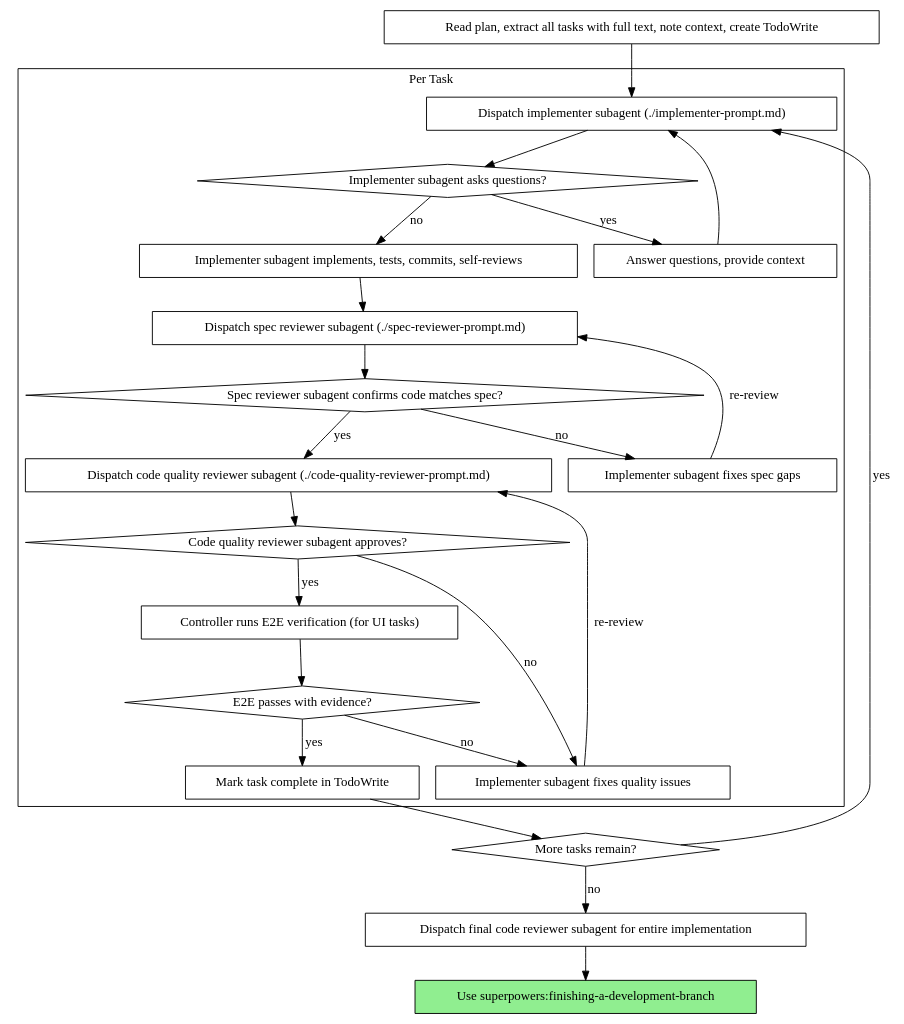
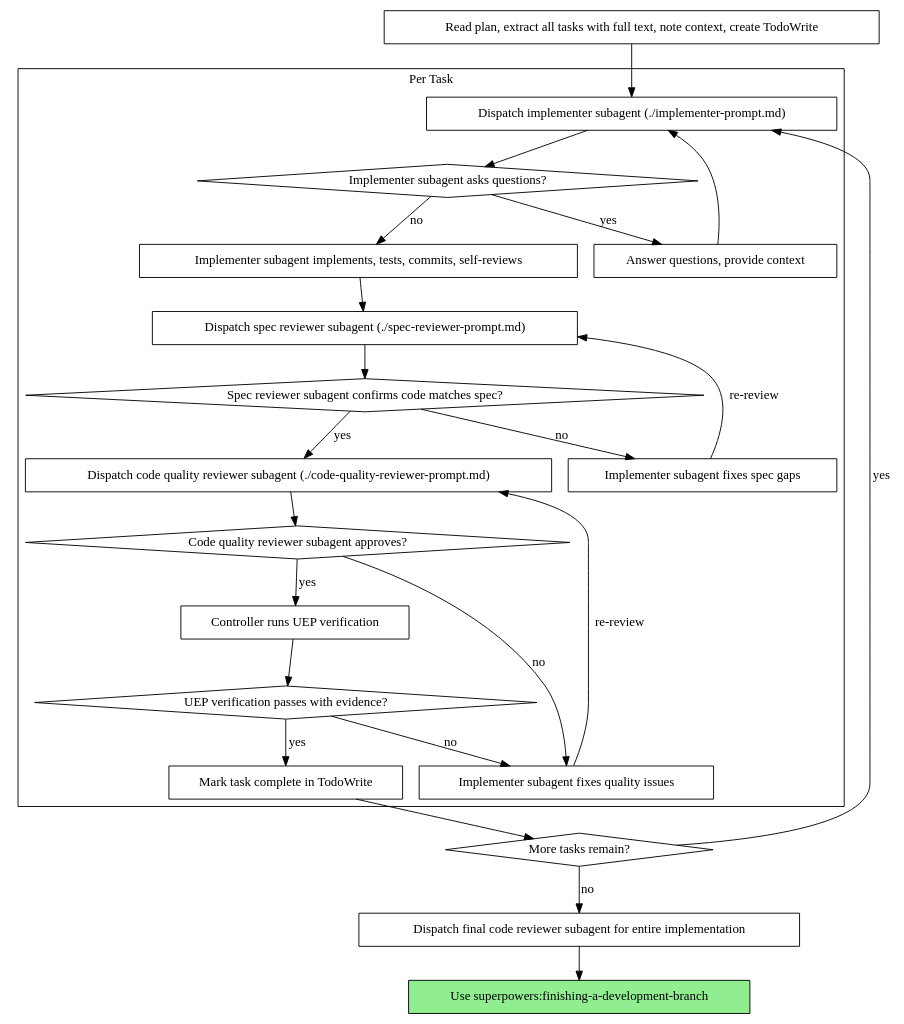
Before and after one commit to Ilios-LLC/blooperpowers: the second of 2 diagrams in skills/subagent-driven-development/SKILL.md, drawn with Graphviz. The commit also changed other lines of this file and 8 other files, not shown here.

First line of the commit message:
feat: Add flexible User Entrypoint (UEP) discovery and verification tracking

````diff
--- a/skills/subagent-driven-development/SKILL.md
+++ b/skills/subagent-driven-development/SKILL.md
@@ -40,49 +40,49 @@
 ```dot
 digraph process {
     rankdir=TB;
 
     subgraph cluster_per_task {
         label="Per Task";
         "Dispatch implementer subagent (./implementer-prompt.md)" [shape=box];
         "Implementer subagent asks questions?" [shape=diamond];
         "Answer questions, provide context" [shape=box];
         "Implementer subagent implements, tests, commits, self-reviews" [shape=box];
         "Dispatch spec reviewer subagent (./spec-reviewer-prompt.md)" [shape=box];
         "Spec reviewer subagent confirms code matches spec?" [shape=diamond];
         "Implementer subagent fixes spec gaps" [shape=box];
         "Dispatch code quality reviewer subagent (./code-quality-reviewer-prompt.md)" [shape=box];
         "Code quality reviewer subagent approves?" [shape=diamond];
         "Implementer subagent fixes quality issues" [shape=box];
-        "Controller runs E2E verification (for UI tasks)" [shape=box];
-        "E2E passes with evidence?" [shape=diamond];
+        "Controller runs UEP verification" [shape=box];
+        "UEP verification passes with evidence?" [shape=diamond];
         "Mark task complete in TodoWrite" [shape=box];
     }
 
     "Read plan, extract all tasks with full text, note context, create TodoWrite" [shape=box];
     "More tasks remain?" [shape=diamond];
     "Dispatch final code reviewer subagent for entire implementation" [shape=box];
     "Use superpowers:finishing-a-development-branch" [shape=box style=filled fillcolor=lightgreen];
 
     "Read plan, extract all tasks with full text, note context, create TodoWrite" -> "Dispatch implementer subagent (./implementer-prompt.md)";
     "Dispatch implementer subagent (./implementer-prompt.md)" -> "Implementer subagent asks questions?";
     "Implementer subagent asks questions?" -> "Answer questions, provide context" [label="yes"];
     "Answer questions, provide context" -> "Dispatch implementer subagent (./implementer-prompt.md)";
     "Implementer subagent asks questions?" -> "Implementer subagent implements, tests, commits, self-reviews" [label="no"];
     "Implementer subagent implements, tests, commits, self-reviews" -> "Dispatch spec reviewer subagent (./spec-reviewer-prompt.md)";
     "Dispatch spec reviewer subagent (./spec-reviewer-prompt.md)" -> "Spec reviewer subagent confirms code matches spec?";
     "Spec reviewer subagent confirms code matches spec?" -> "Implementer subagent fixes spec gaps" [label="no"];
     "Implementer subagent fixes spec gaps" -> "Dispatch spec reviewer subagent (./spec-reviewer-prompt.md)" [label="re-review"];
     "Spec reviewer subagent confirms code matches spec?" -> "Dispatch code quality reviewer subagent (./code-quality-reviewer-prompt.md)" [label="yes"];
     "Dispatch code quality reviewer subagent (./code-quality-reviewer-prompt.md)" -> "Code quality reviewer subagent approves?";
     "Code quality reviewer subagent approves?" -> "Implementer subagent fixes quality issues" [label="no"];
     "Implementer subagent fixes quality issues" -> "Dispatch code quality reviewer subagent (./code-quality-reviewer-prompt.md)" [label="re-review"];
-    "Code quality reviewer subagent approves?" -> "Controller runs E2E verification (for UI tasks)" [label="yes"];
-    "Controller runs E2E verification (for UI tasks)" -> "E2E passes with evidence?";
-    "E2E passes with evidence?" -> "Mark task complete in TodoWrite" [label="yes"];
-    "E2E passes with evidence?" -> "Implementer subagent fixes quality issues" [label="no"];
+    "Code quality reviewer subagent approves?" -> "Controller runs UEP verification" [label="yes"];
+    "Controller runs UEP verification" -> "UEP verification passes with evidence?";
+    "UEP verification passes with evidence?" -> "Mark task complete in TodoWrite" [label="yes"];
+    "UEP verification passes with evidence?" -> "Implementer subagent fixes quality issues" [label="no"];
     "Mark task complete in TodoWrite" -> "More tasks remain?";
     "More tasks remain?" -> "Dispatch implementer subagent (./implementer-prompt.md)" [label="yes"];
     "More tasks remain?" -> "Dispatch final code reviewer subagent for entire implementation" [label="no"];
     "Dispatch final code reviewer subagent for entire implementation" -> "Use superpowers:finishing-a-development-branch";
 }
 ```
````
